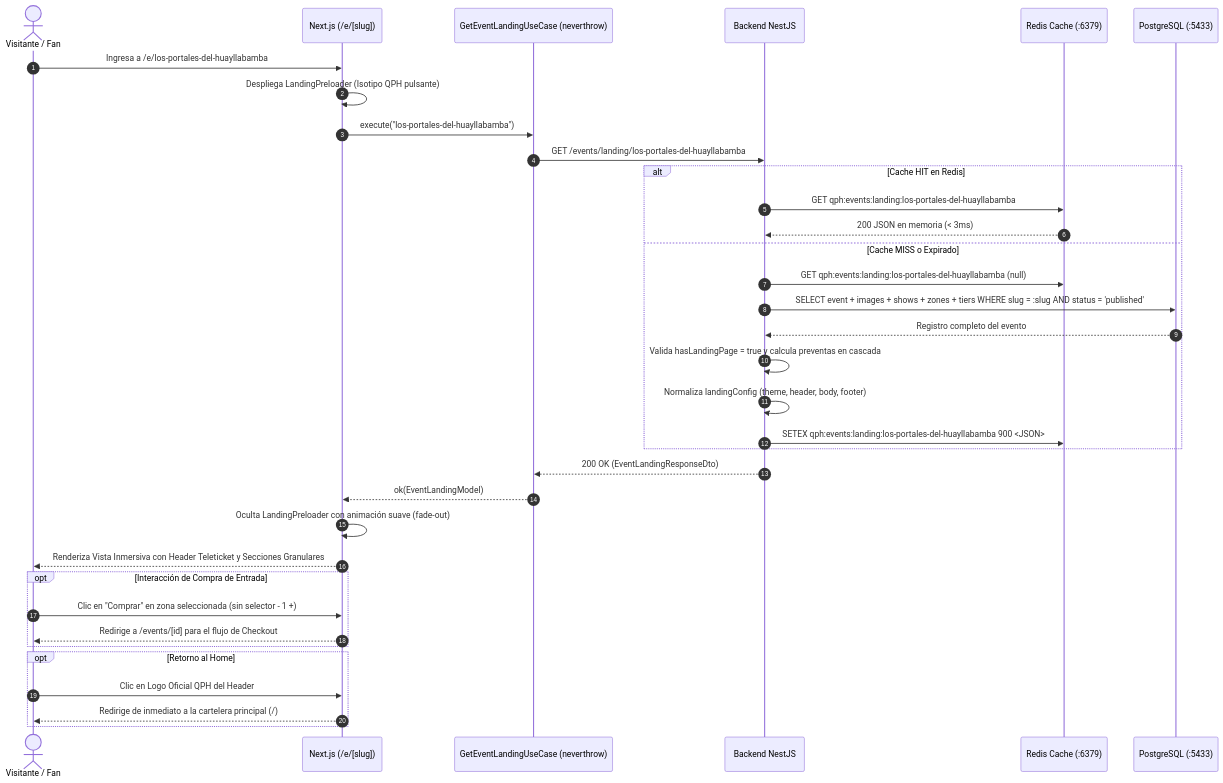
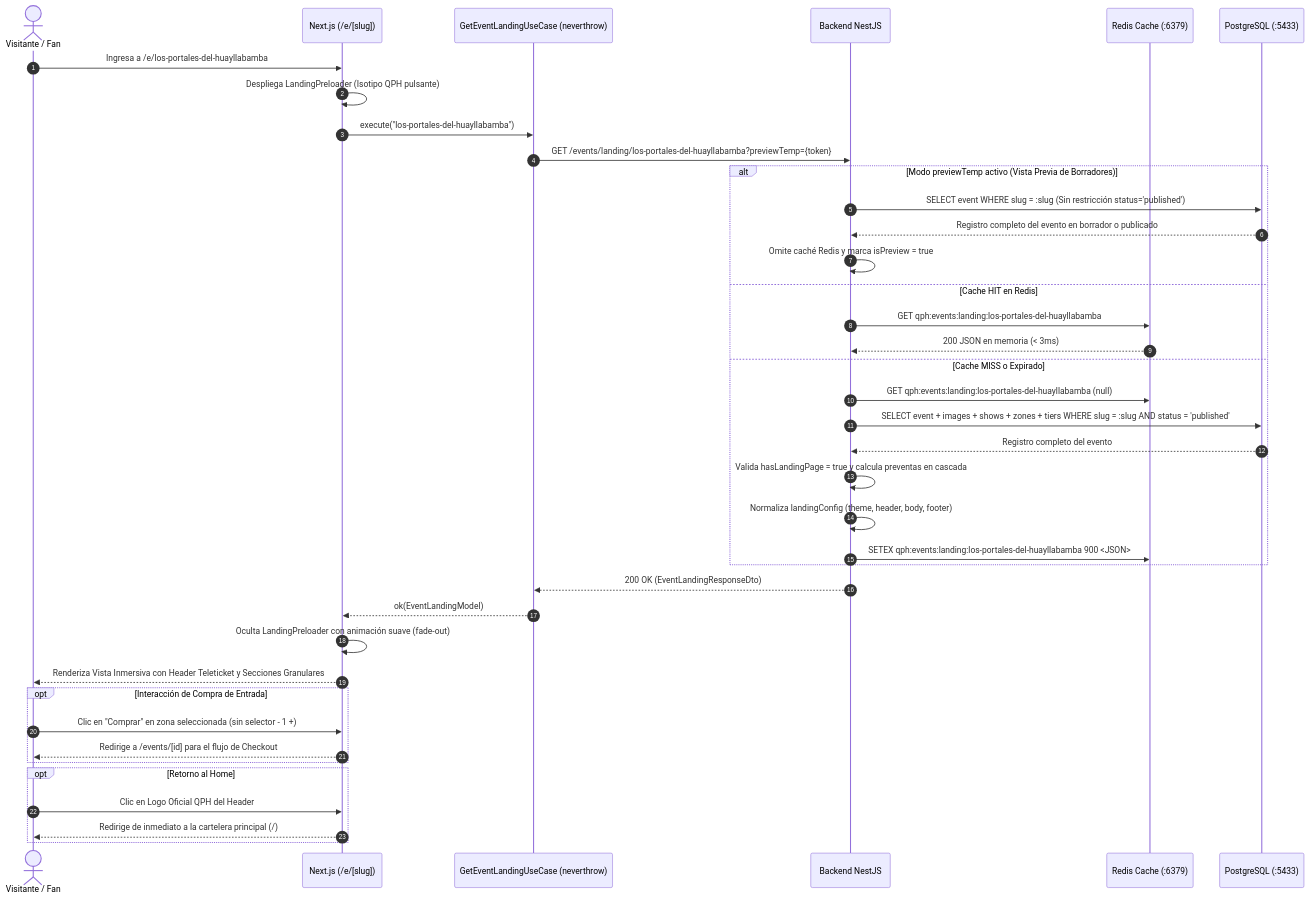
One commit to alexisb1v1/apiqueplaneshoy changed diagram 12 of 16 in .antigravity/workflows.md. Above: the diagram before and after it, drawn with Mermaid. The commit also changed 5 other files, not shown here.

Commit message:
feat: implement events query handlers and landing response DTOs

````diff
--- a/.antigravity/workflows.md
+++ b/.antigravity/workflows.md
@@ -712,42 +712,46 @@
 ```mermaid
 sequenceDiagram
     autonumber
     actor Fan as Visitante / Fan
     participant Web as Next.js (/e/[slug])
     participant UseCase as GetEventLandingUseCase (neverthrow)
     participant API as Backend NestJS
     participant Redis as Redis Cache (:6379)
     participant DB as PostgreSQL (:5433)
 
     Fan->>Web: Ingresa a /e/los-portales-del-huayllabamba
     Web->>Web: Despliega LandingPreloader (Isotipo QPH pulsante)
     Web->>UseCase: execute("los-portales-del-huayllabamba")
-    UseCase->>API: GET /events/landing/los-portales-del-huayllabamba
+    UseCase->>API: GET /events/landing/los-portales-del-huayllabamba?previewTemp={token}
 
-    alt Cache HIT en Redis
+    alt Modo previewTemp activo (Vista Previa de Borradores)
+        API->>DB: SELECT event WHERE slug = :slug (Sin restricción status='published')
+        DB-->>API: Registro completo del evento en borrador o publicado
+        API->>API: Omite caché Redis y marca isPreview = true
+    else Cache HIT en Redis
         API->>Redis: GET qph:events:landing:los-portales-del-huayllabamba
         Redis-->>API: 200 JSON en memoria (< 3ms)
     else Cache MISS o Expirado
         API->>Redis: GET qph:events:landing:los-portales-del-huayllabamba (null)
         API->>DB: SELECT event + images + shows + zones + tiers WHERE slug = :slug AND status = 'published'
         DB-->>API: Registro completo del evento
         API->>API: Valida hasLandingPage = true y calcula preventas en cascada
         API->>API: Normaliza landingConfig (theme, header, body, footer)
         API->>Redis: SETEX qph:events:landing:los-portales-del-huayllabamba 900 <JSON>
     end
 
     API-->>UseCase: 200 OK (EventLandingResponseDto)
     UseCase-->>Web: ok(EventLandingModel)
     Web->>Web: Oculta LandingPreloader con animación suave (fade-out)
     Web-->>Fan: Renderiza Vista Inmersiva con Header Teleticket y Secciones Granulares
 
     opt Interacción de Compra de Entrada
         Fan->>Web: Clic en "Comprar" en zona seleccionada (sin selector - 1 +)
         Web-->>Fan: Redirige a /events/[id] para el flujo de Checkout
     end
 
     opt Retorno al Home
         Fan->>Web: Clic en Logo Oficial QPH del Header
         Web-->>Fan: Redirige de inmediato a la cartelera principal (/)
     end
 ```
````
